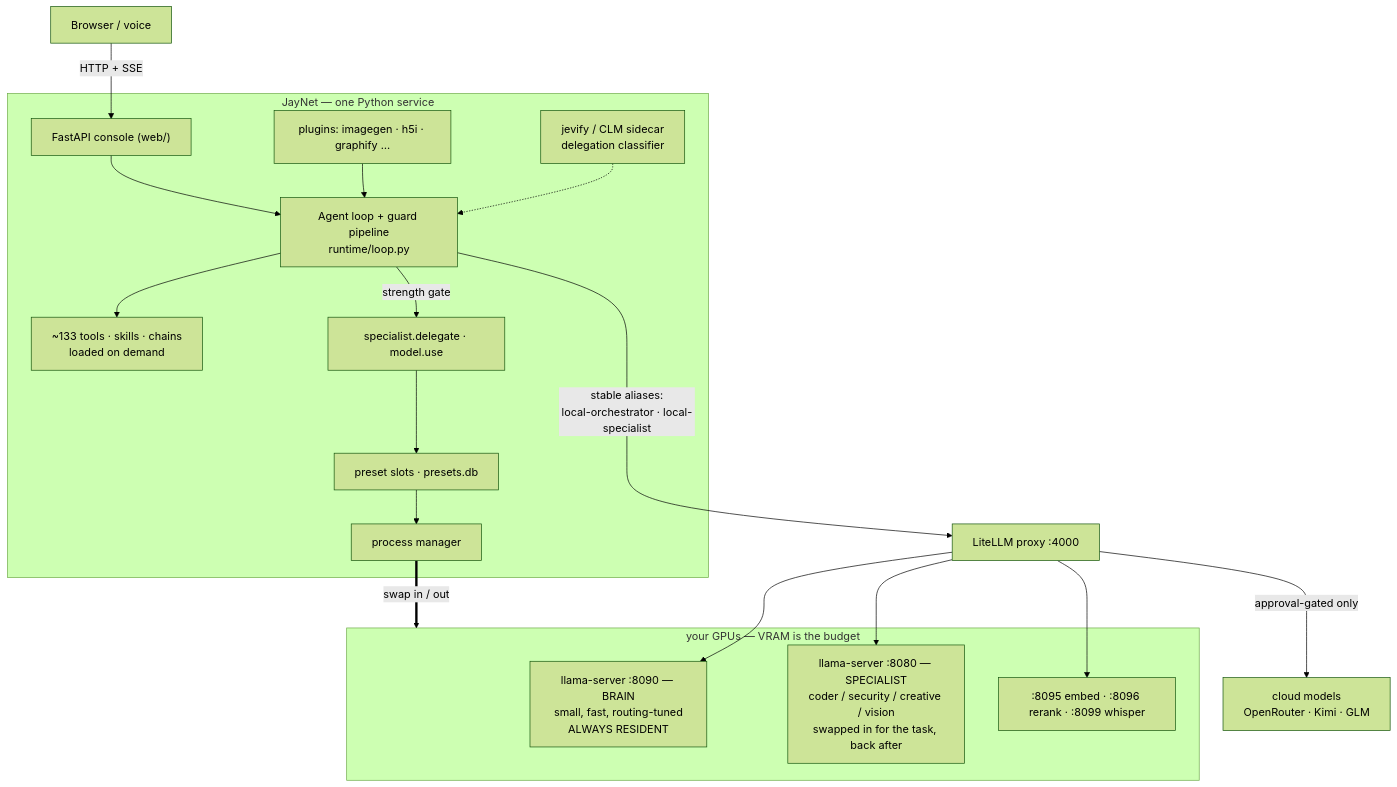
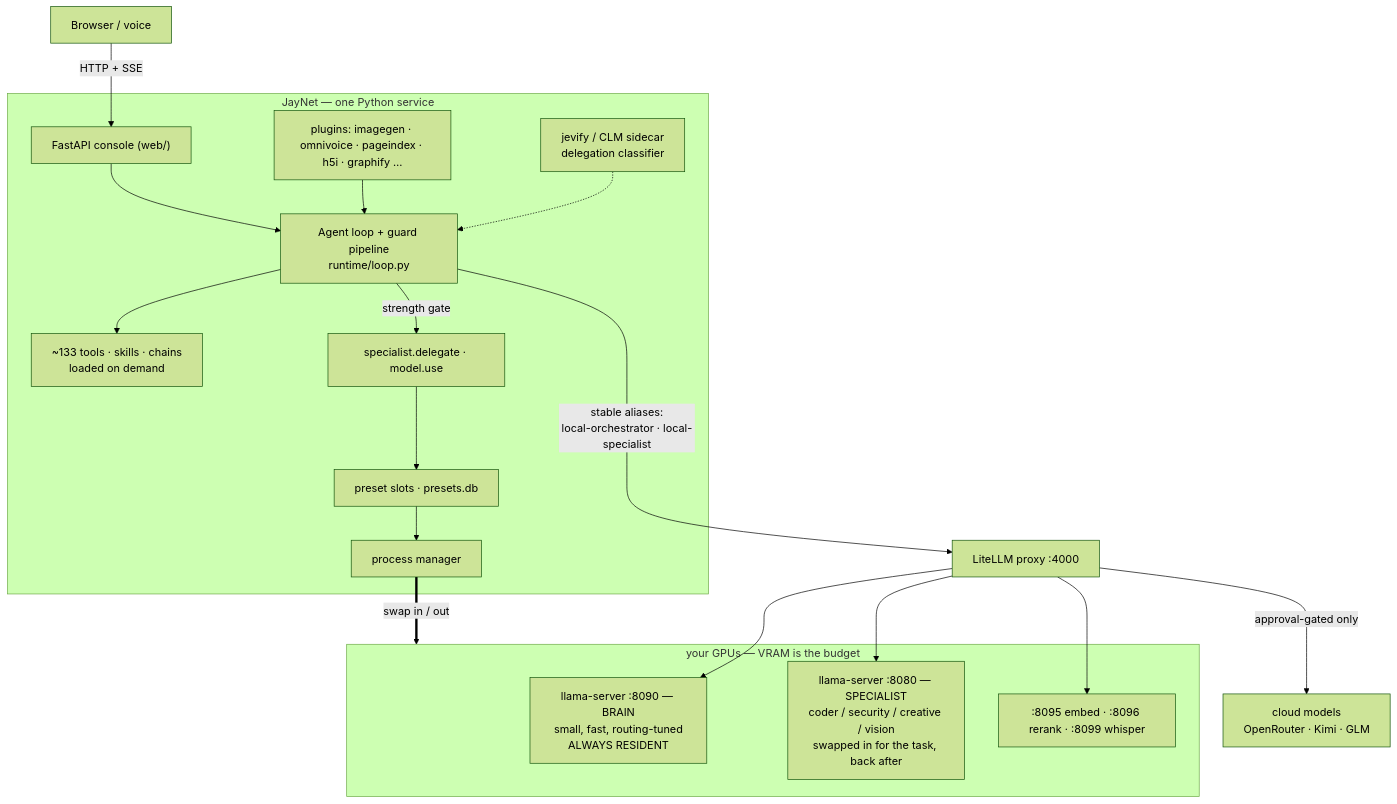
The diagram in README.md (jspawn/jaynet_orchestrator), drawn with Mermaid (forest theme) before and after one commit. The commit also changed other lines of this file and 4 other files, not shown here.

First line of the commit message:
pageindex: pin real SDK shapes + docs/readme sweep for the new plugins

````diff
--- a/README.md
+++ b/README.md
@@ -46,24 +47,24 @@
 ```mermaid
 flowchart TB
     U["Browser / voice"] -->|"HTTP + SSE"| WEB["FastAPI console (web/)"]
     subgraph JN["JayNet — one Python service"]
         WEB --> LOOP["Agent loop + guard pipeline<br/>runtime/loop.py"]
         LOOP --> TOOLS["~133 tools · skills · chains<br/>loaded on demand"]
-        PLUG["plugins: imagegen · h5i · graphify …"] --> LOOP
+        PLUG["plugins: imagegen · omnivoice · pageindex · h5i · graphify …"] --> LOOP
         JEV["jevify / CLM sidecar<br/>delegation classifier"] -.-> LOOP
         LOOP -->|"strength gate"| DEL["specialist.delegate · model.use"]
         DEL --> SLOTS["preset slots · presets.db"]
         SLOTS --> PM["process manager"]
     end
     LOOP -->|"stable aliases:<br/>local-orchestrator · local-specialist"| LL["LiteLLM proxy :4000"]
     subgraph GPUs["your GPUs — VRAM is the budget"]
         BRAIN["llama-server :8090 — BRAIN<br/>small, fast, routing-tuned<br/>ALWAYS RESIDENT"]
         SPEC["llama-server :8080 — SPECIALIST<br/>coder / security / creative / vision<br/>swapped in for the task, back after"]
         AUX[":8095 embed · :8096 rerank · :8099 whisper"]
     end
     PM ==>|"swap in / out"| GPUs
     LL --> BRAIN
     LL --> SPEC
     LL --> AUX
     LL -->|"approval-gated only"| CLOUD["cloud models<br/>OpenRouter · Kimi · GLM"]
 ```
````
